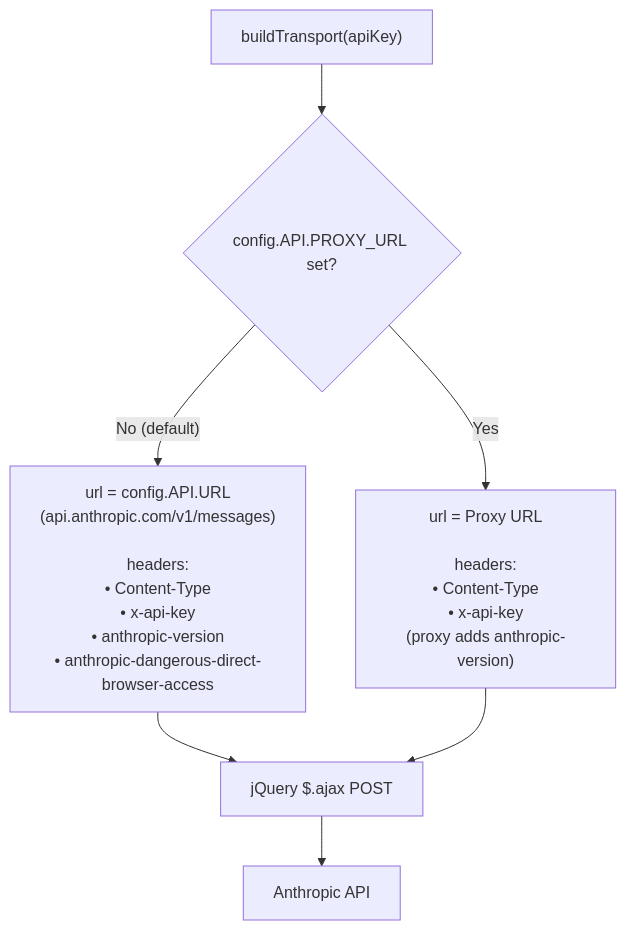
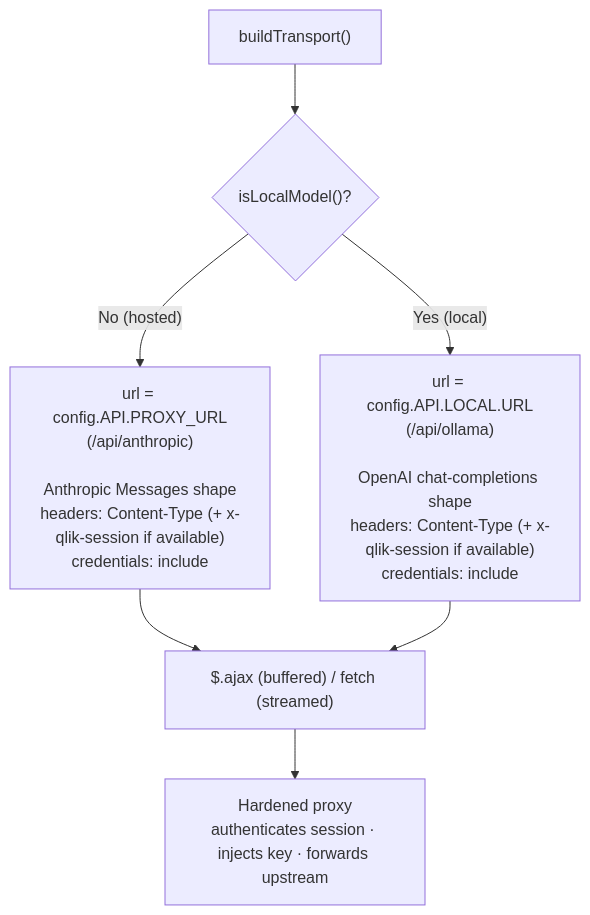
One commit to mabaeyens/AnthropicExtension changed the third of 5 diagrams in diagrams.md. Above: the diagram before and after it, drawn with Mermaid. The commit also changed other lines of this file and 5 other files, not shown here.

First line of the commit message:
docs: bring README/INSTALL/diagrams to v0.5.0 proxy-only; setup.ps1 runtime-only deps

````diff
--- a/diagrams.md
+++ b/diagrams.md
@@ -127,9 +113,9 @@
 ```mermaid
 flowchart TD
-  S["buildTransport(apiKey)"] --> Q{"config.API.PROXY_URL set?"}
-  Q -->|"No (default)"| D["url = config.API.URL<br/>(api.anthropic.com/v1/messages)<br/><br/>headers:<br/>• Content-Type<br/>• x-api-key<br/>• anthropic-version<br/>• anthropic-dangerous-direct-browser-access"]
-  Q -->|"Yes"| P["url = Proxy URL<br/><br/>headers:<br/>• Content-Type<br/>• x-api-key<br/>(proxy adds anthropic-version)"]
-  D --> R["jQuery $.ajax POST"]
+  S["buildTransport()"] --> Q{"isLocalModel()?"}
+  Q -->|"No (hosted)"| D["url = config.API.PROXY_URL<br/>(/api/anthropic)<br/><br/>Anthropic Messages shape<br/>headers: Content-Type (+ x-qlik-session if available)<br/>credentials: include"]
+  Q -->|"Yes (local)"| P["url = config.API.LOCAL.URL<br/>(/api/ollama)<br/><br/>OpenAI chat-completions shape<br/>headers: Content-Type (+ x-qlik-session if available)<br/>credentials: include"]
+  D --> R["$.ajax (buffered) / fetch (streamed)"]
   P --> R
-  R --> A["Anthropic API"]
+  R --> PX["Hardened proxy<br/>authenticates session · injects key · forwards upstream"]
 ```
````
